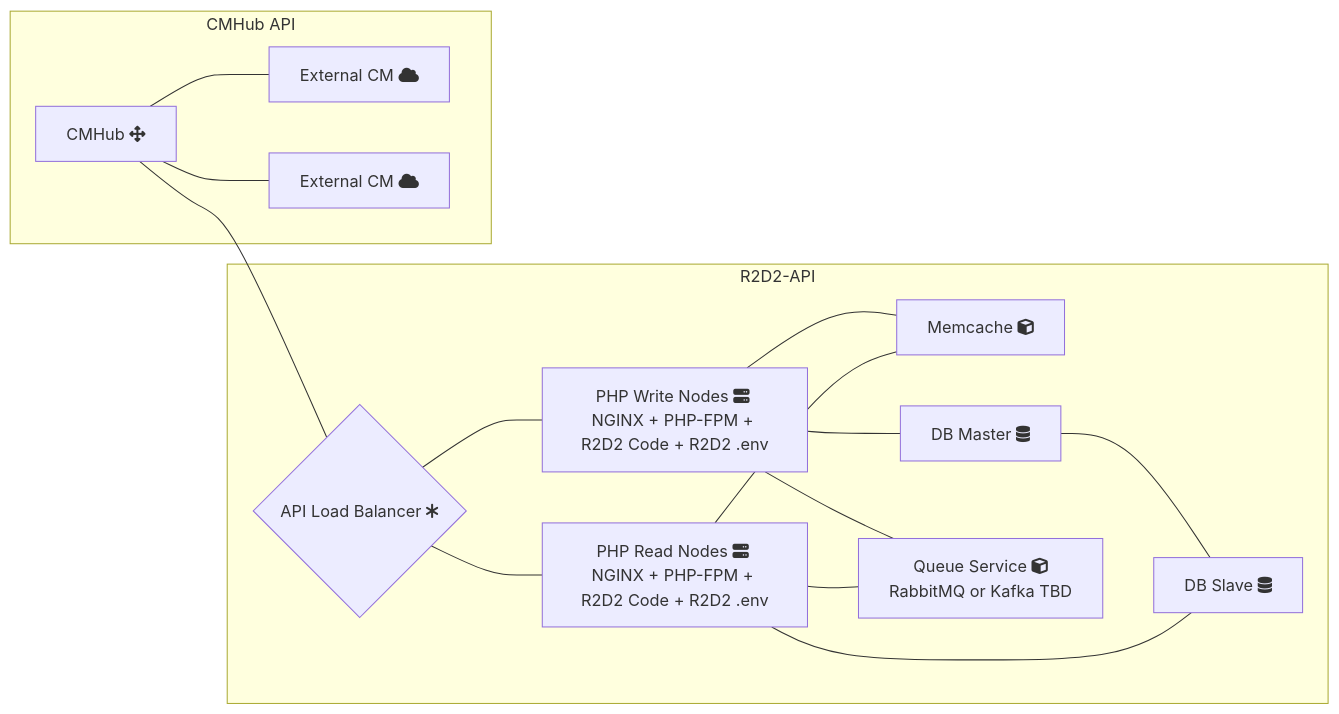
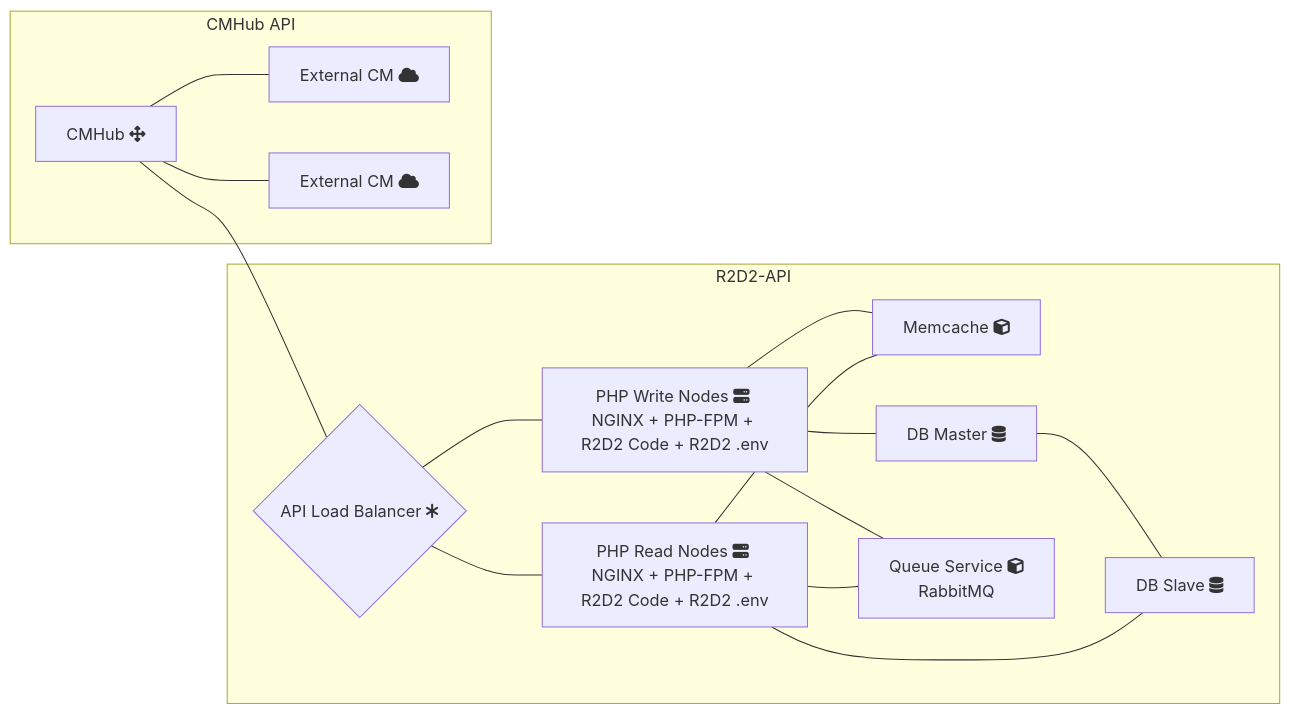
The diagram in docs/architecture/diagram/high-level-architecture-prototype.mmd (xwind1999/r2d2), drawn with Mermaid before and after one commit. The commit also changed 1 other file, not shown here.

Commit message:
Update diagrams; Fix sync/async flows; Remove reference to kafka;

```diff
--- a/docs/architecture/diagram/high-level-architecture-prototype.mmd
+++ b/docs/architecture/diagram/high-level-architecture-prototype.mmd
@@ -1,19 +1,19 @@
 graph LR
 
 subgraph R2D2-API
 LBBE{API Load Balancer fa:fa-asterisk} --- PHP1[PHP Write Nodes fa:fa-server <br>NGINX + PHP-FPM + R2D2 Code + R2D2 .env]
 LBBE --- PHP2[PHP Read Nodes fa:fa-server <br>NGINX + PHP-FPM + R2D2 Code + R2D2 .env]
 PHP1 --- RC[Memcache fa:fa-cube]
 PHP2 --- RC
 PHP1 --- DBM[DB Master fa:fa-database]
 DBM --- DBS[DB Slave fa:fa-database]
-PHP1 --- RQ[Queue Service fa:fa-cube <br>RabbitMQ or Kafka TBD]
+PHP1 --- RQ[Queue Service fa:fa-cube <br>RabbitMQ]
 PHP2 --- RQ
 PHP2 --- DBS
 end
 
 subgraph CMHub API
 CMHub[CMHub fa:fa-arrows-alt] --- XCMA[External CM fa:fa-cloud]
 CMHub --- XCMB[External CM fa:fa-cloud]
 CMHub --- LBBE
 end
```
